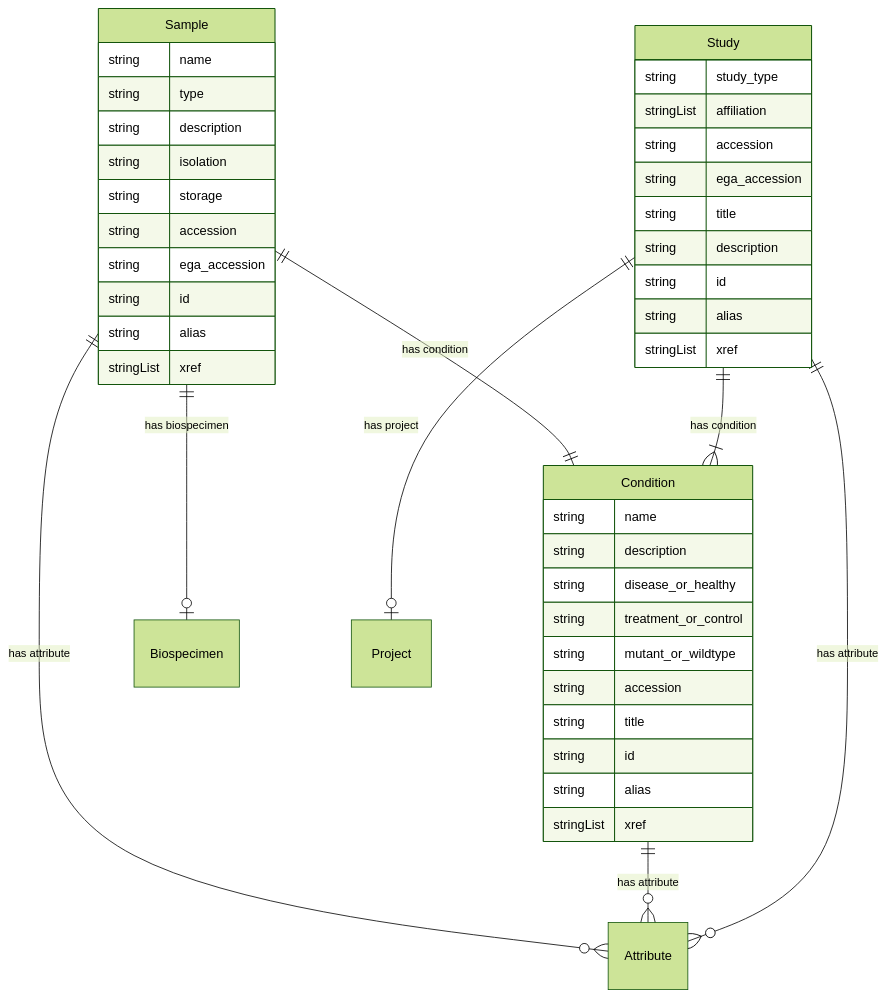
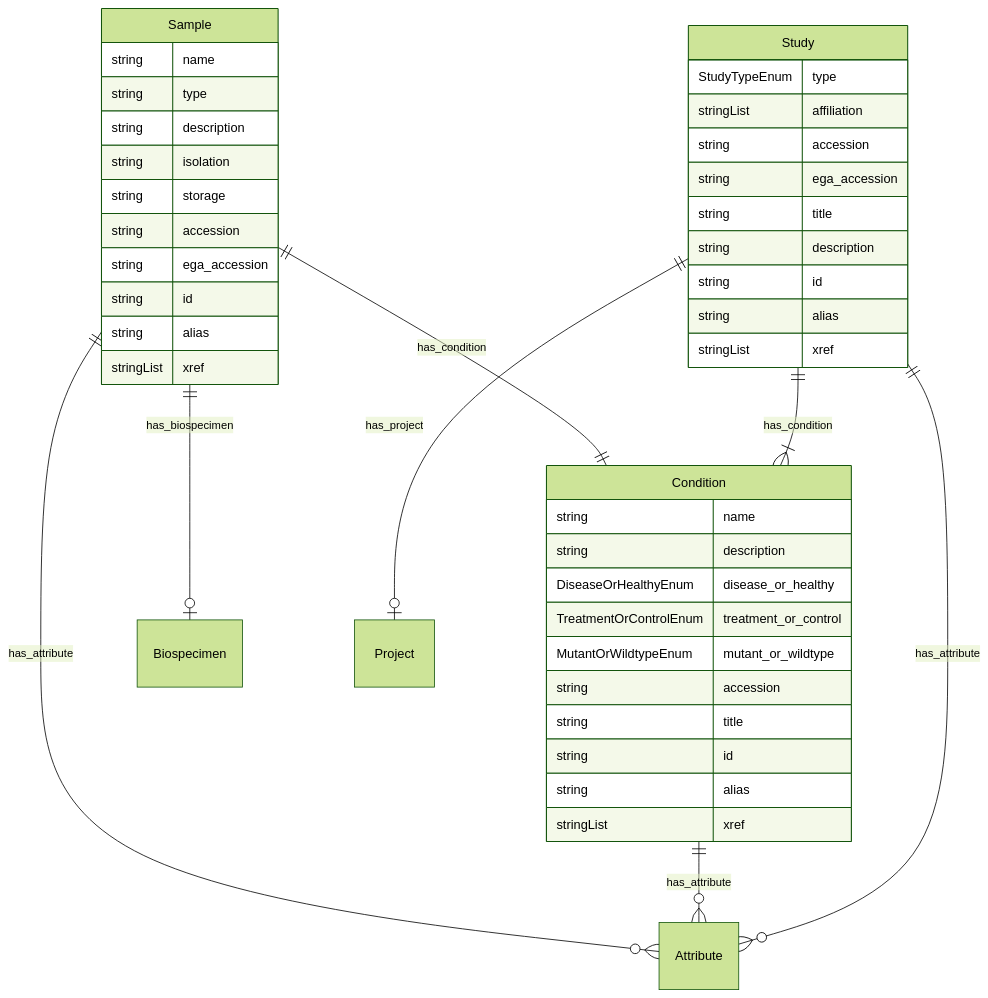
Before and after one commit to ghga-de/ghga-metadata-schema: the seventh of 7 diagrams in docs/entity_relations.md, drawn with Mermaid (forest theme). The commit also changed other lines of this file and 541 other files, not shown here.

````diff
--- a/docs/entity_relations.md
+++ b/docs/entity_relations.md
@@ -370,47 +370,47 @@
 ```mermaid
 erDiagram
 Sample {
     string name  
     string type  
     string description  
     string isolation  
     string storage  
     string accession  
     string ega_accession  
     string id  
     string alias  
     stringList xref  
 }
 Condition {
     string name  
     string description  
-    string disease_or_healthy
-    string treatment_or_control
-    string mutant_or_wildtype
+    DiseaseOrHealthyEnum disease_or_healthy  
+    TreatmentOrControlEnum treatment_or_control  
+    MutantOrWildtypeEnum mutant_or_wildtype  
     string accession  
     string title  
     string id  
     string alias  
     stringList xref  
 }
 Study {
-    string study_type
+    StudyTypeEnum type  
     stringList affiliation  
     string accession  
     string ega_accession  
     string title  
     string description  
     string id  
     string alias  
     stringList xref  
 }
 
-Sample ||--|o Biospecimen : "has biospecimen"
-Sample ||--|| Condition : "has condition"
-Sample ||--}o Attribute : "has attribute"
-Condition ||--}o Attribute : "has attribute"
-Study ||--|o Project : "has project"
-Study ||--}| Condition : "has condition"
-Study ||--}o Attribute : "has attribute"
+Sample ||--|o Biospecimen : "has_biospecimen"
+Sample ||--|| Condition : "has_condition"
+Sample ||--}o Attribute : "has_attribute"
+Condition ||--}o Attribute : "has_attribute"
+Study ||--|o Project : "has_project"
+Study ||--}| Condition : "has_condition"
+Study ||--}o Attribute : "has_attribute"
 
 ```
````
